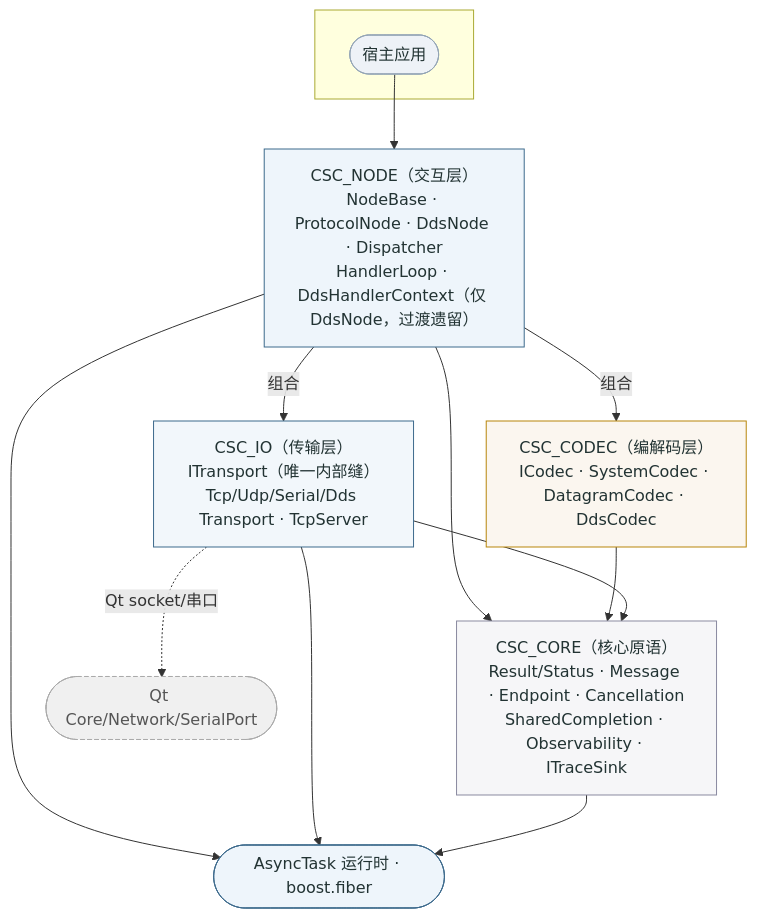
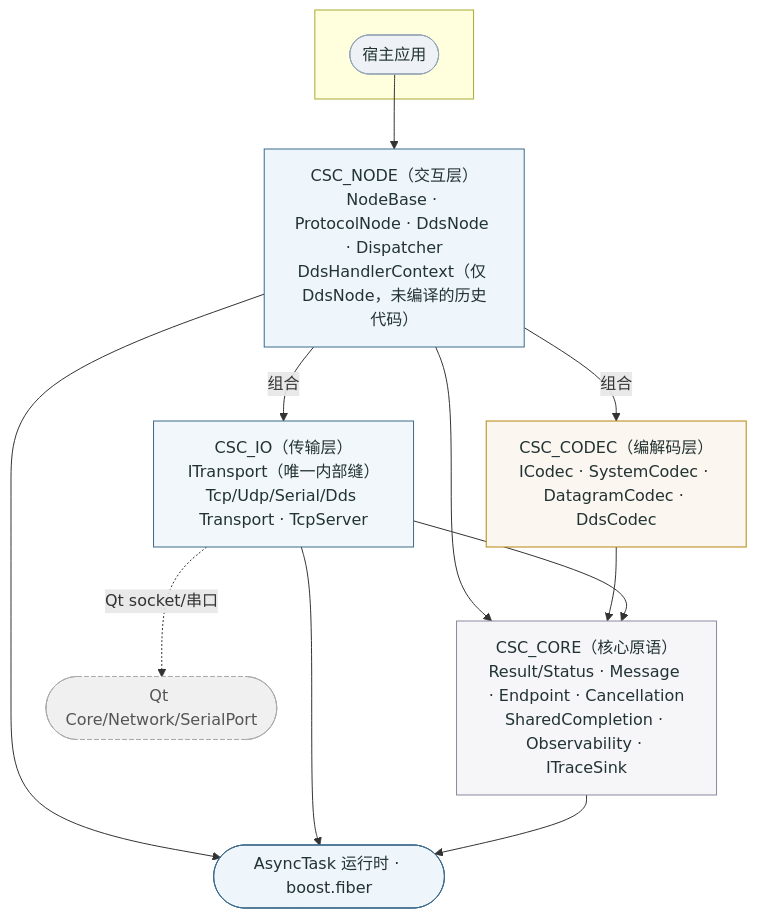
One commit to Ste7an-cs/Transport changed the diagram in docs/diagrams/sdd-csc-layers.mmd. Above: the diagram before and after it, drawn with Mermaid. The commit also changed 6 other files, not shown here.

```diff
--- a/docs/diagrams/sdd-csc-layers.mmd
+++ b/docs/diagrams/sdd-csc-layers.mmd
@@ -1,33 +1,35 @@
+%% ⚠ 本图 .mmd 已按 #163 更新(删除 HandlerLoop),但同名 .svg 尚未重渲染——
+%%   本机 node/npx 与 chrome 已随环境变更移除,mermaid-cli 不可用。恢复后须重渲染。
 flowchart TB
     subgraph HOST[" "]
       APP([宿主应用])
     end
-    NODE["CSC_NODE（交互层）<br/>NodeBase · ProtocolNode · DdsNode · Dispatcher<br/>HandlerLoop · DdsHandlerContext（仅 DdsNode，过渡遗留）"]
+    NODE["CSC_NODE（交互层）<br/>NodeBase · ProtocolNode · DdsNode · Dispatcher<br/>DdsHandlerContext（仅 DdsNode，未编译的历史代码）"]
     CODEC["CSC_CODEC（编解码层）<br/>ICodec · SystemCodec · DatagramCodec · DdsCodec"]
     IO["CSC_IO（传输层）<br/>ITransport（唯一内部缝）<br/>Tcp/Udp/Serial/Dds Transport · TcpServer"]
     CORE["CSC_CORE（核心原语）<br/>Result/Status · Message · Endpoint · Cancellation<br/>SharedCompletion · Observability · ITraceSink"]
     RT([AsyncTask 运行时 · boost.fiber])
     QT([Qt Core/Network/SerialPort]):::opt
 
     APP --> NODE
     NODE -->|组合| CODEC
     NODE -->|组合| IO
     NODE --> CORE
     CODEC --> CORE
     IO --> CORE
     IO -.Qt socket/串口.-> QT
     NODE --> RT
     IO --> RT
     CORE --> RT
 
     classDef host fill:#eef2f7,stroke:#93a4b5,color:#233;
     classDef node fill:#eef5fb,stroke:#3d6a8c,color:#233;
     classDef codec fill:#fbf6ef,stroke:#b8860b,color:#233;
     classDef io fill:#f2f7fb,stroke:#3d6a8c,color:#233;
     classDef core fill:#f6f6f8,stroke:#8a8aa0,color:#233;
     classDef opt fill:#f0f0f0,stroke:#aaa,color:#555,stroke-dasharray:4 3;
     class APP host;
     class NODE node;
     class CODEC codec;
     class IO io;
     class CORE core;
```
